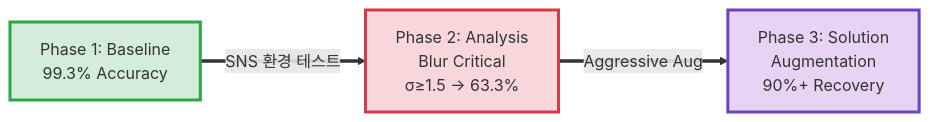
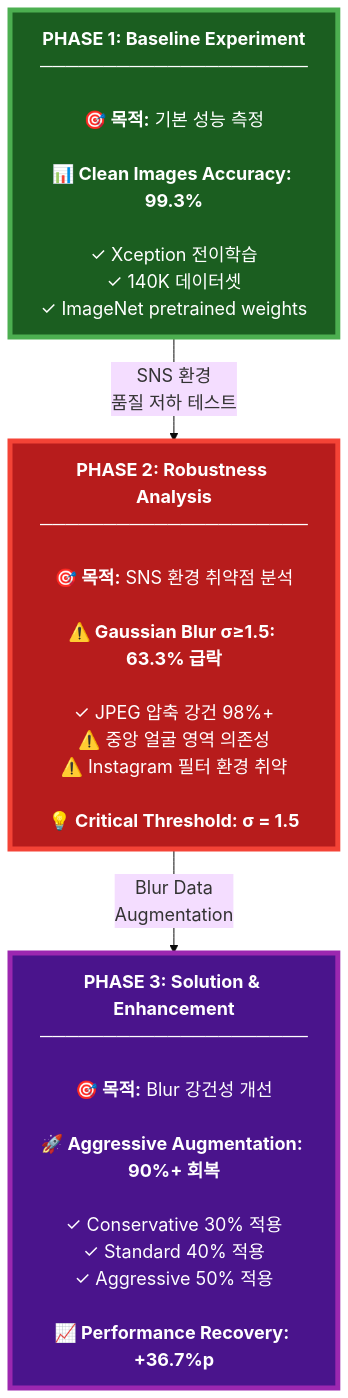
Before and after one commit to ParkJH0313/DeepFAKE-Detection: the second of 4 diagrams in README.md, drawn with Mermaid. The commit also changed other lines of this file, not shown here.

````diff
--- a/README.md
+++ b/README.md
@@ -58,13 +37,17 @@
 ```mermaid
-flowchart LR
-    A["Phase 1: Baseline<br/>99.3% Accuracy"] 
-    B["Phase 2: Analysis<br/>Blur Critical<br/>σ≥1.5 → 63.3%"]
-    C["Phase 3: Solution<br/>Augmentation<br/>90%+ Recovery"]
+%%{init: {'theme':'base', 'themeVariables': { 'fontSize':'18px'}}}%%
+
+flowchart TB
+    A["<b>PHASE 1: Baseline Experiment</b><br/>─────────────────────<br/><br/><b>🎯 목적:</b> 기본 성능 측정<br/><br/><b>📊 Clean Images Accuracy: 99.3%</b><br/><br/>✓ Xception 전이학습<br/>✓ 140K 데이터셋<br/>✓ ImageNet pretrained weights"]
     
-    A ==>|"SNS 환경 테스트"| B
-    B ==>|"Aggressive Aug"| C
+    B["<b>PHASE 2: Robustness Analysis</b><br/>─────────────────────<br/><br/><b>🎯 목적:</b> SNS 환경 취약점 분석<br/><br/><b>⚠️ Gaussian Blur σ≥1.5: 63.3% 급락</b><br/><br/>✓ JPEG 압축 강건 98%+<br/>⚠️ 중앙 얼굴 영역 의존성<br/>⚠️ Instagram 필터 환경 취약<br/><br/><b>💡 Critical Threshold: σ = 1.5</b>"]
     
-    style A fill:#d4edda,stroke:#28a745,stroke-width:3px
-    style B fill:#f8d7da,stroke:#d73a49,stroke-width:3px
-    style C fill:#e7d4f5,stroke:#6f42c1,stroke-width:3px
+    C["<b>PHASE 3: Solution & Enhancement</b><br/>─────────────────────<br/><br/><b>🎯 목적:</b> Blur 강건성 개선<br/><br/><b>🚀 Aggressive Augmentation: 90%+ 회복</b><br/><br/>✓ Conservative 30% 적용<br/>✓ Standard 40% 적용<br/>✓ Aggressive 50% 적용<br/><br/><b>📈 Performance Recovery: +36.7%p</b>"]
+    
+    A -->|"SNS 환경<br/>품질 저하 테스트"| B
+    B -->|"Blur Data<br/>Augmentation"| C
+    
+    style A fill:#1b5e20,stroke:#4caf50,stroke-width:5px,color:#fff
+    style B fill:#b71c1c,stroke:#f44336,stroke-width:5px,color:#fff
+    style C fill:#4a148c,stroke:#9c27b0,stroke-width:5px,color:#fff
 ```
````
